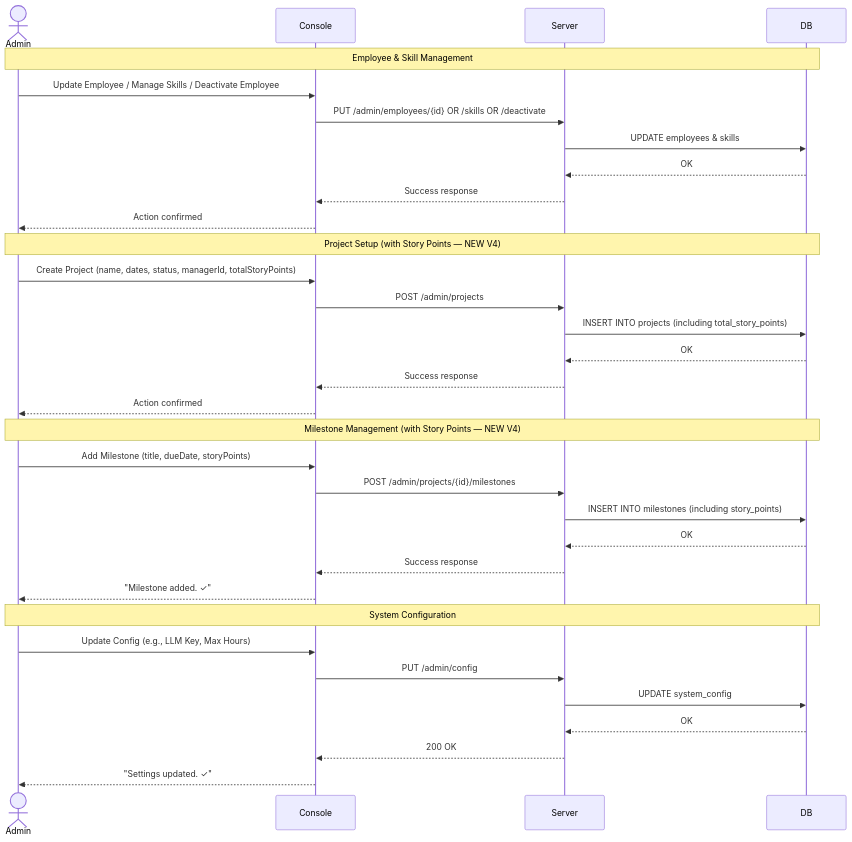
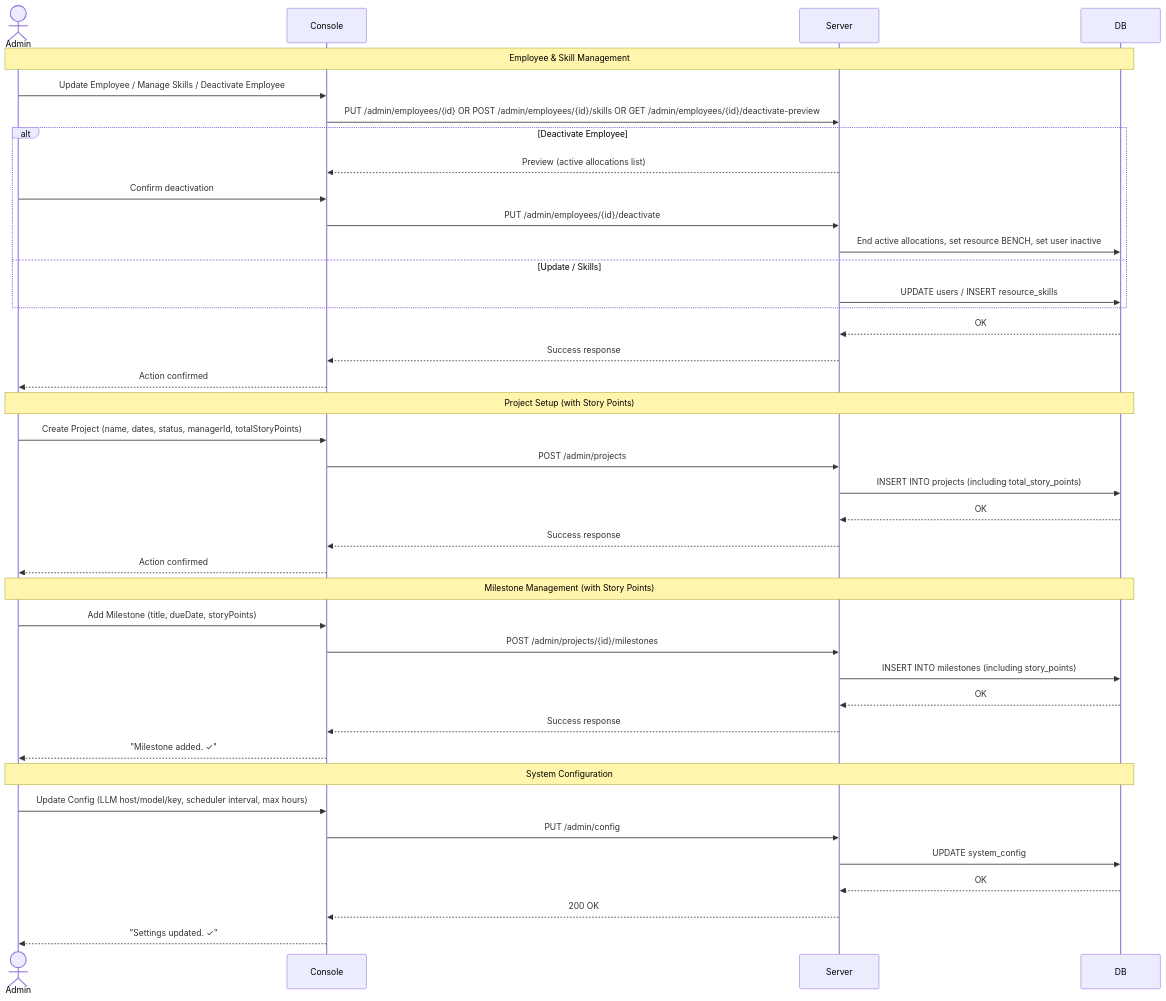
Before and after one commit to RiyaAmetaITT/Project-Resource-Management-tool: the second of 5 diagrams in UML Design/sequence_diagrams.md, drawn with Mermaid. The commit also changed other lines of this file and 74 other files, not shown here.

````diff
--- a/UML Design/sequence_diagrams.md
+++ b/UML Design/sequence_diagrams.md
@@ -66,39 +75,46 @@
 ```mermaid
 sequenceDiagram
     actor Admin
     participant Console
     participant Server
     participant DB
 
     Note over Admin,DB: Employee & Skill Management
     Admin->>Console: Update Employee / Manage Skills / Deactivate Employee
-    Console->>Server: PUT /admin/employees/{id} OR /skills OR /deactivate
-    Server->>DB: UPDATE employees & skills
+    Console->>Server: PUT /admin/employees/{id} OR POST /admin/employees/{id}/skills OR GET /admin/employees/{id}/deactivate-preview
+    alt Deactivate Employee
+        Server-->>Console: Preview (active allocations list)
+        Admin->>Console: Confirm deactivation
+        Console->>Server: PUT /admin/employees/{id}/deactivate
+        Server->>DB: End active allocations, set resource BENCH, set user inactive
+    else Update / Skills
+        Server->>DB: UPDATE users / INSERT resource_skills
+    end
     DB-->>Server: OK
     Server-->>Console: Success response
     Console-->>Admin: Action confirmed
 
-    Note over Admin,DB: Project Setup (with Story Points — NEW V4)
+    Note over Admin,DB: Project Setup (with Story Points)
     Admin->>Console: Create Project (name, dates, status, managerId, totalStoryPoints)
     Console->>Server: POST /admin/projects
     Server->>DB: INSERT INTO projects (including total_story_points)
     DB-->>Server: OK
     Server-->>Console: Success response
     Console-->>Admin: Action confirmed
 
-    Note over Admin,DB: Milestone Management (with Story Points — NEW V4)
+    Note over Admin,DB: Milestone Management (with Story Points)
     Admin->>Console: Add Milestone (title, dueDate, storyPoints)
     Console->>Server: POST /admin/projects/{id}/milestones
     Server->>DB: INSERT INTO milestones (including story_points)
     DB-->>Server: OK
     Server-->>Console: Success response
     Console-->>Admin: "Milestone added. ✓"
 
     Note over Admin,DB: System Configuration
-    Admin->>Console: Update Config (e.g., LLM Key, Max Hours)
+    Admin->>Console: Update Config (LLM host/model/key, scheduler interval, max hours)
     Console->>Server: PUT /admin/config
     Server->>DB: UPDATE system_config
     DB-->>Server: OK
     Server-->>Console: 200 OK
     Console-->>Admin: "Settings updated. ✓"
 ```
````
